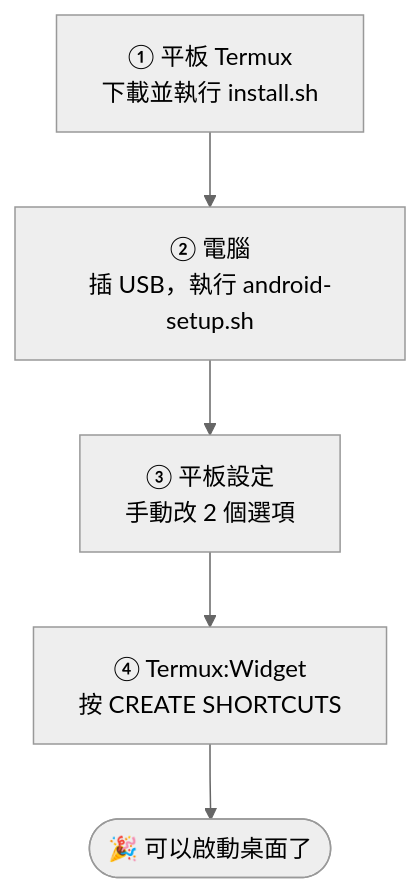
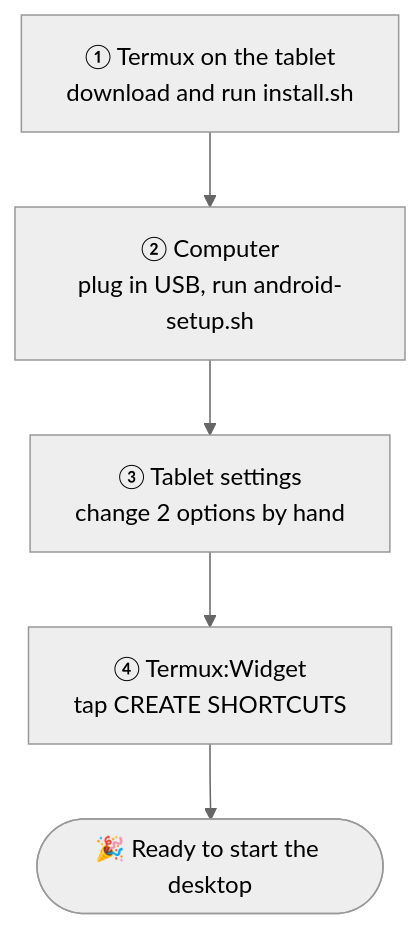
Before and after one commit to ian902792/omarchy-pad: the third of 7 diagrams in README.md, drawn with Mermaid (neutral theme). The commit also changed other lines of this file and 1 other file, not shown here.

````diff
--- a/README.md
+++ b/README.md
@@ -72,7 +72,7 @@
 ```mermaid
 flowchart TD
-    S1["① 平板 Termux<br>下載並執行 install.sh"] --> S2["② 電腦<br>插 USB，執行 android-setup.sh"]
-    S2 --> S3["③ 平板設定<br>手動改 2 個選項"]
-    S3 --> S4["④ Termux:Widget<br>按 CREATE SHORTCUTS"]
-    S4 --> Done(["🎉 可以啟動桌面了"])
+    S1["① Termux on the tablet<br>download and run install.sh"] --> S2["② Computer<br>plug in USB, run android-setup.sh"]
+    S2 --> S3["③ Tablet settings<br>change 2 options by hand"]
+    S3 --> S4["④ Termux:Widget<br>tap CREATE SHORTCUTS"]
+    S4 --> Done(["🎉 Ready to start the desktop"])
 ```
````
